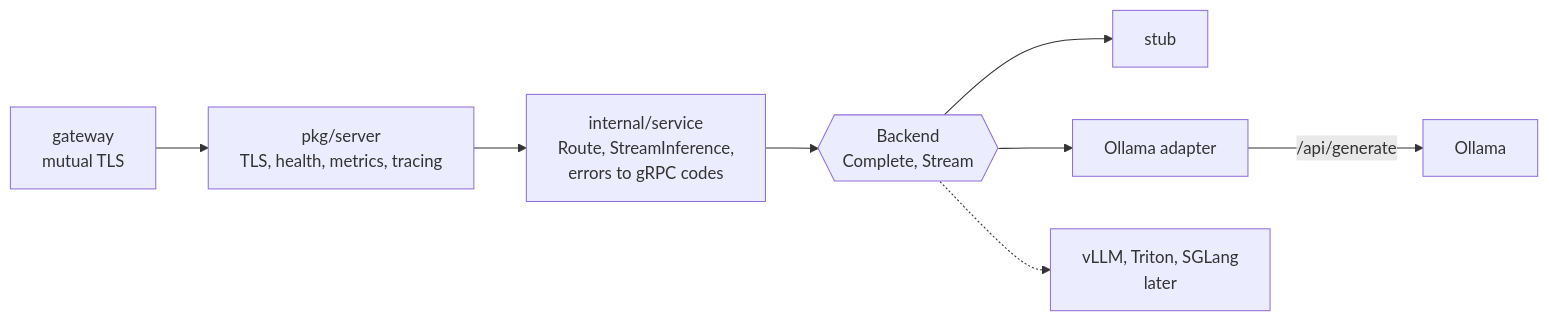
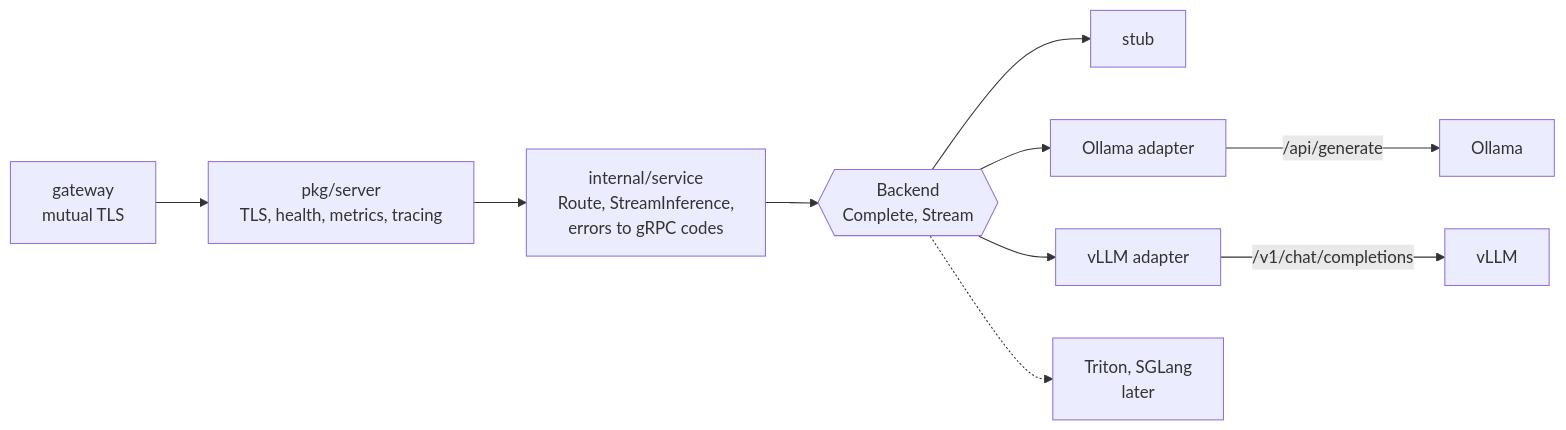
One commit to kokou-egbewatt/NeuroMesh changed the diagram in services/runtime/README.md. Above: the diagram before and after it, drawn with Mermaid. The commit also changed other lines of this file and 6 other files, not shown here.

````diff
--- a/services/runtime/README.md
+++ b/services/runtime/README.md
@@ -11,9 +11,10 @@
 ```mermaid
 flowchart LR
     caller["gateway<br/>mutual TLS"] --> server["pkg/server<br/>TLS, health, metrics, tracing"]
     server --> service["internal/service<br/>Route, StreamInference,<br/>errors to gRPC codes"]
     service --> iface{{"Backend<br/>Complete, Stream"}}
     iface --> stub["stub"]
     iface --> ollama["Ollama adapter"] -->|"/api/generate"| ext["Ollama"]
-    iface -.-> later["vLLM, Triton, SGLang<br/>later"]
+    iface --> vllm["vLLM adapter"] -->|"/v1/chat/completions"| ext2["vLLM"]
+    iface -.-> later["Triton, SGLang<br/>later"]
 ```
````
